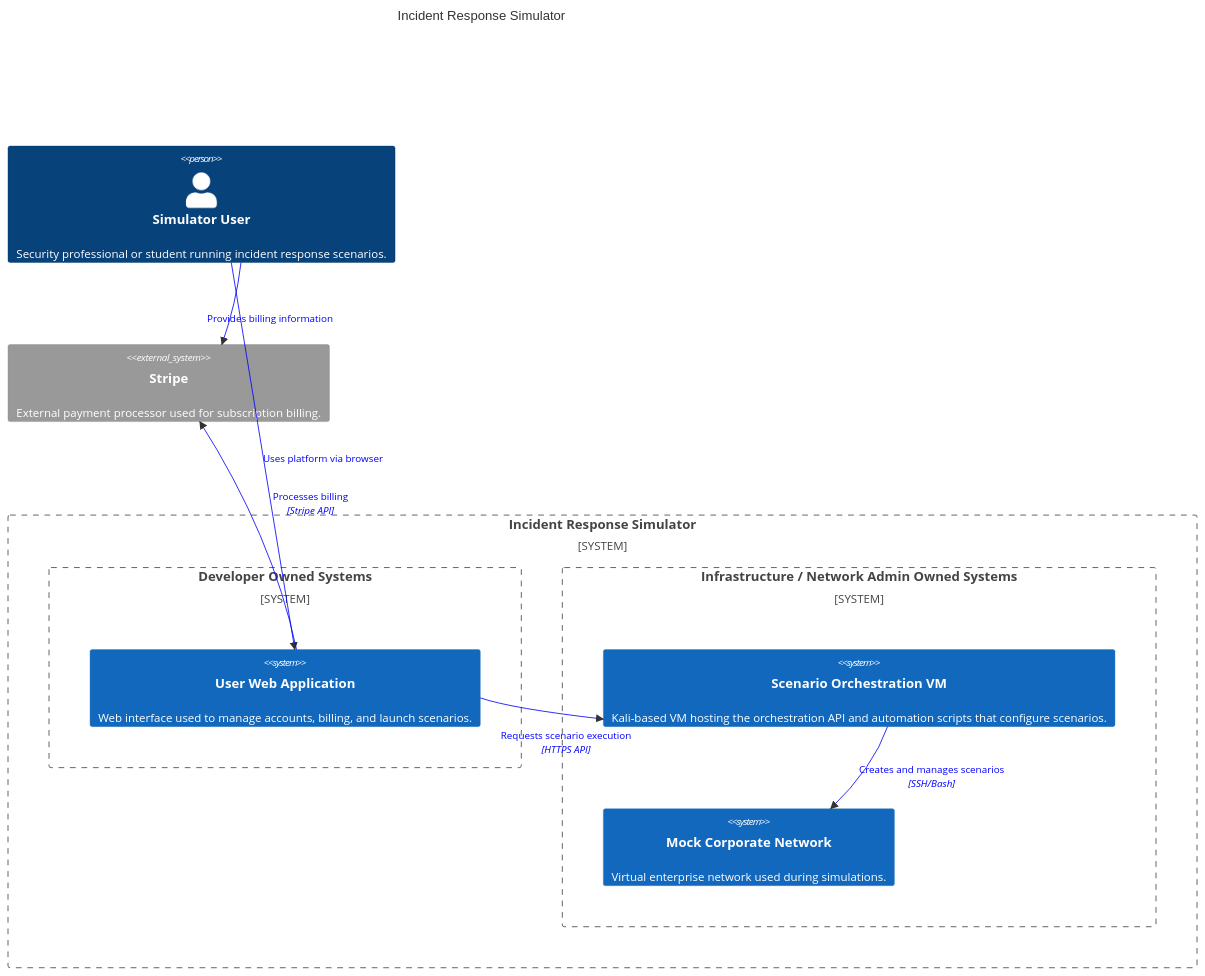
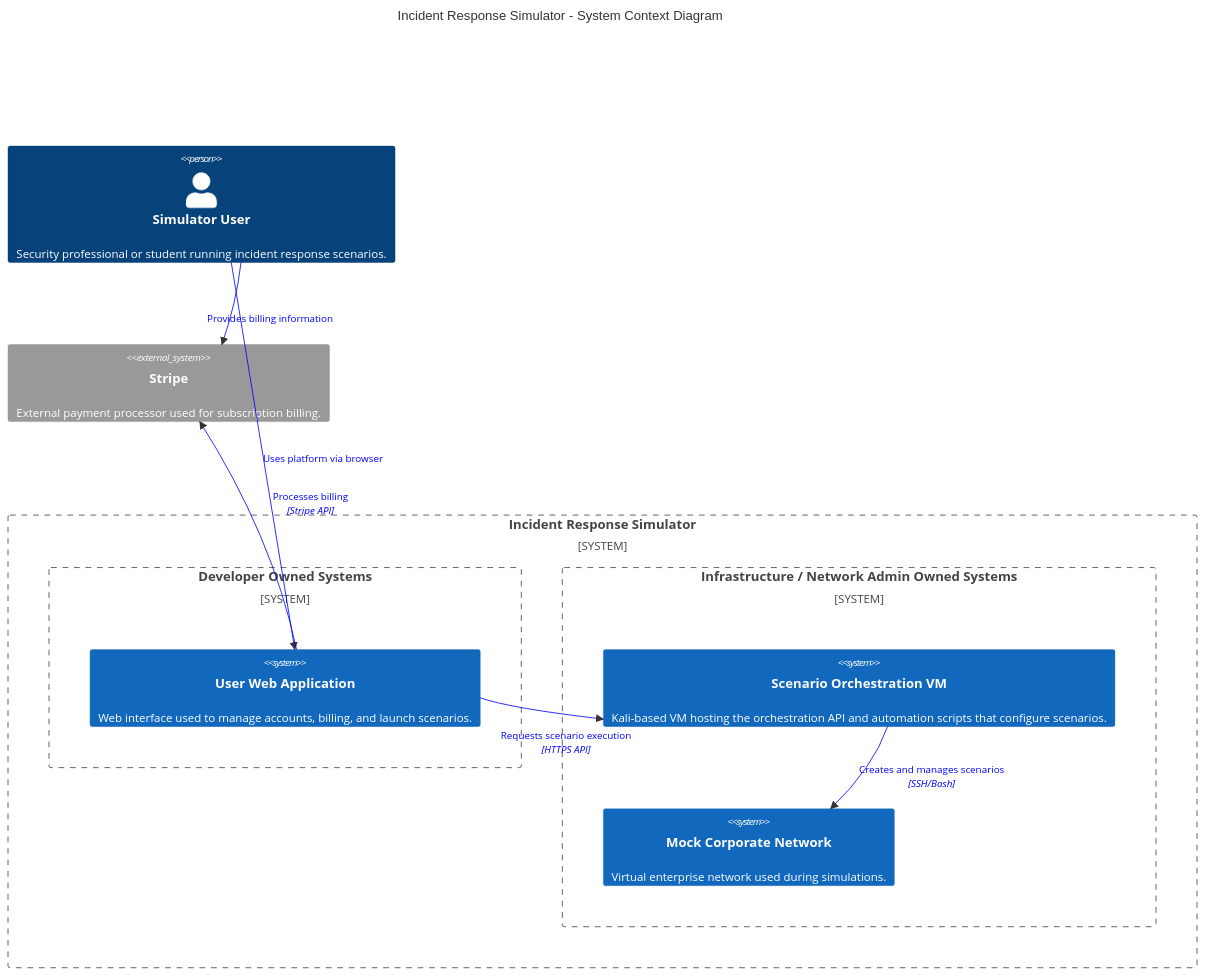
Before and after one commit to friesentyler/IncidentResponseSimulator: the first of 2 diagrams in README.md, drawn with Mermaid.

Commit message:
fixed system context diagram

````diff
--- a/README.md
+++ b/README.md
@@ -6,39 +6,39 @@
 ```mermaid
 C4Context
-title Incident Response Simulator
+title Incident Response Simulator - System Context Diagram
 %% System Context Diagram
 %% Purpose: Illustrates users, external systems, and ownership boundaries
 %% between developer-managed application services and infrastructure-managed
 %% scenario environments.
 
 Person(user, "Simulator User", "Security professional or student running incident response scenarios.")
 
 System_Ext(stripe, "Stripe", "External payment processor used for subscription billing.")
 
 System_Boundary(simulator, "Incident Response Simulator") {
 
     System_Boundary(dev, "Developer Owned Systems") {
         System(webapp, "User Web Application", "Web interface used to manage accounts, billing, and launch scenarios.")
     }
 
     System_Boundary(infra, "Infrastructure / Network Admin Owned Systems") {
         System(orchestrator_vm, "Scenario Orchestration VM", "Kali-based VM hosting the orchestration API and automation scripts that configure scenarios.")
         System(corp_network, "Mock Corporate Network", "Virtual enterprise network used during simulations.")
     }
 
 }
 
 Rel(user, webapp, "Uses platform via browser")
 Rel(user, stripe, "Provides billing information")
 
 Rel(webapp, stripe, "Processes billing", "Stripe API")
 Rel(webapp, orchestrator_vm, "Requests scenario execution", "HTTPS API")
 
 Rel(orchestrator_vm, corp_network, "Creates and manages scenarios", "SSH/Bash")
 
 UpdateRelStyle(user, webapp, $lineColor="Blue", $textColor="Blue")
 UpdateRelStyle(user, stripe, $lineColor="Blue", $textColor="Blue", $offsetX="-30", $offsetY="15")
 UpdateRelStyle(webapp, stripe, $lineColor="Blue", $textColor="Blue", $offsetX="30", $offsetY="-50")
 UpdateRelStyle(webapp, orchestrator_vm, $lineColor="Blue", $textColor="Blue", $offsetX="-50", $offsetY="30")
 UpdateRelStyle(orchestrator_vm, corp_network, $lineColor="Blue", $textColor="Blue")
 ```
````
